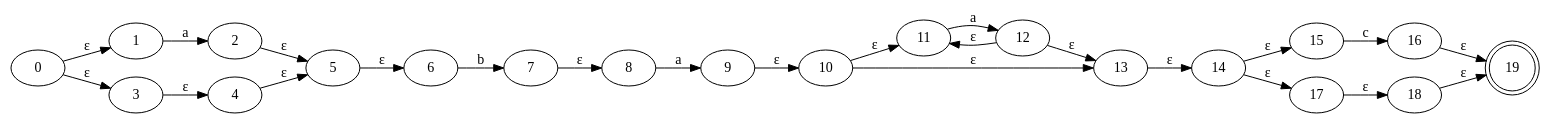
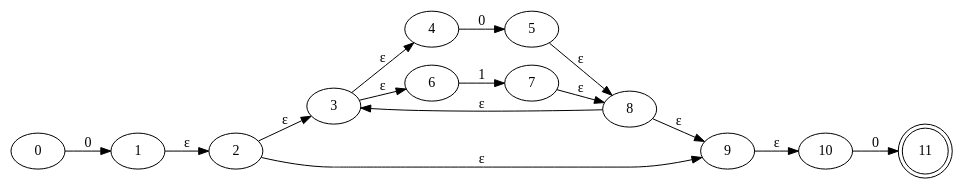
One commit to jua16073/lenguajes_proy1 changed the diagram in test-output/nfa.gv. Above: the diagram before and after it, drawn with Graphviz. The commit also changed 5 other files, not shown here.

```diff
--- a/test-output/nfa.gv
+++ b/test-output/nfa.gv
@@ -1,46 +1,29 @@
 digraph Automata {
 	rankdir=LR
 	0 [label=0]
-	0 -> 1 [label="ε"]
-	0 -> 3 [label="ε"]
+	0 -> 1 [label=0]
 	1 [label=1]
-	1 -> 2 [label=a]
+	1 -> 2 [label="ε"]
 	2 [label=2]
-	2 -> 5 [label="ε"]
+	2 -> 3 [label="ε"]
+	2 -> 9 [label="ε"]
 	3 [label=3]
 	3 -> 4 [label="ε"]
+	3 -> 6 [label="ε"]
 	4 [label=4]
-	4 -> 5 [label="ε"]
+	4 -> 5 [label=0]
 	5 [label=5]
-	5 -> 6 [label="ε"]
+	5 -> 8 [label="ε"]
 	6 [label=6]
-	6 -> 7 [label=b]
+	6 -> 7 [label=1]
 	7 [label=7]
 	7 -> 8 [label="ε"]
 	8 [label=8]
-	8 -> 9 [label=a]
+	8 -> 3 [label="ε"]
+	8 -> 9 [label="ε"]
 	9 [label=9]
 	9 -> 10 [label="ε"]
 	10 [label=10]
-	10 -> 11 [label="ε"]
-	10 -> 13 [label="ε"]
-	11 [label=11]
-	11 -> 12 [label=a]
-	12 [label=12]
-	12 -> 11 [label="ε"]
-	12 -> 13 [label="ε"]
-	13 [label=13]
-	13 -> 14 [label="ε"]
-	14 [label=14]
-	14 -> 15 [label="ε"]
-	14 -> 17 [label="ε"]
-	15 [label=15]
-	15 -> 16 [label=c]
-	16 [label=16]
-	16 -> 19 [label="ε"]
-	17 [label=17]
-	17 -> 18 [label="ε"]
-	18 [label=18]
-	18 -> 19 [label="ε"]
-	19 [label=19 shape=doublecircle]
+	10 -> 11 [label=0]
+	11 [label=11 shape=doublecircle]
 }
```
